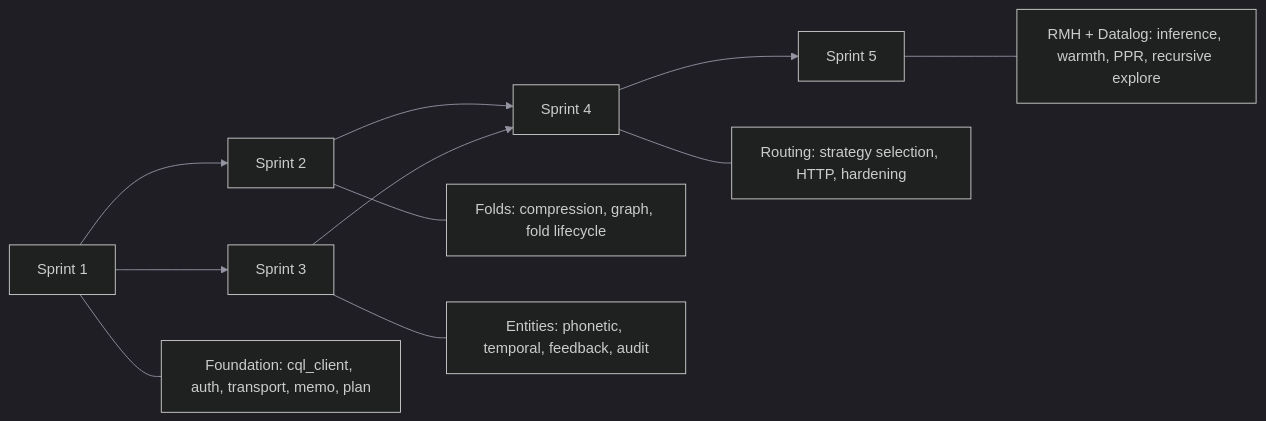
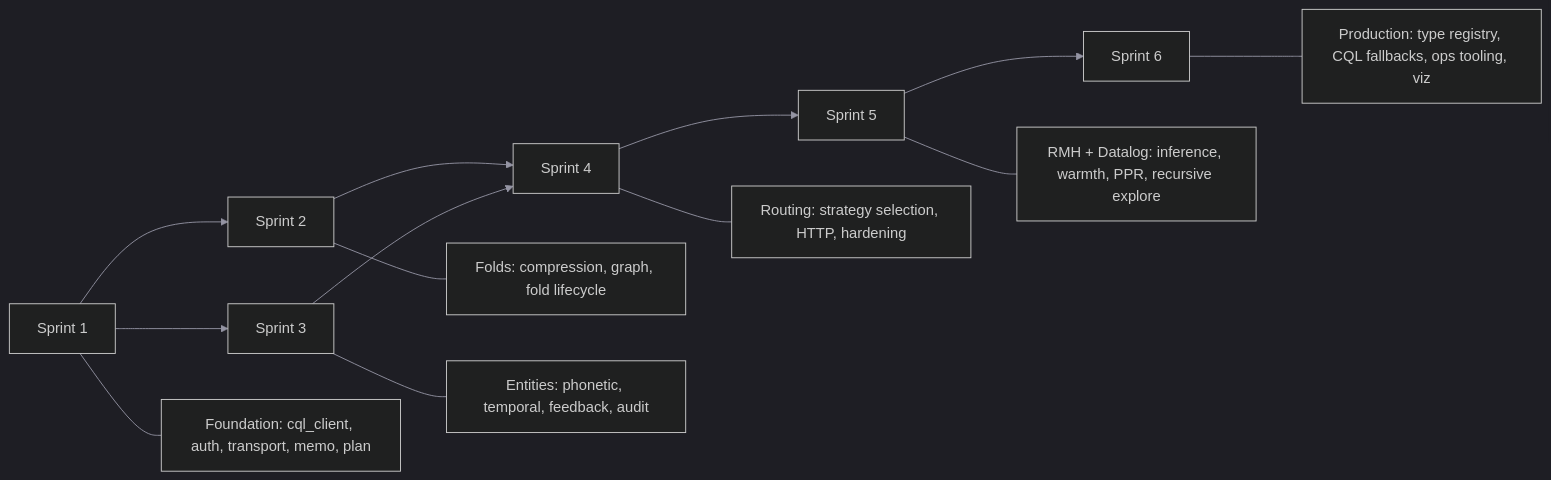
The diagram in specs/project-plan.md (ferrosadb/ferrosa-memory), drawn with Mermaid before and after one commit. The commit also changed other lines of this file and 3 other files, not shown here.

````diff
--- a/specs/project-plan.md
+++ b/specs/project-plan.md
@@ -253,15 +314,17 @@
 ```mermaid
 %%{init: {'theme':'dark','themeVariables':{'primaryColor':'#16161f','primaryTextColor':'#e8e8ed','primaryBorderColor':'#e2725b','lineColor':'#9494a3','secondaryColor':'#1c1c28','tertiaryColor':'#111118','clusterBkg':'#111118','clusterBorder':'#1e1e2a','edgeLabelBackground':'#111118','nodeTextColor':'#e8e8ed'}}}%%
 graph LR
     S1[Sprint 1] --> S2[Sprint 2]
     S1 --> S3[Sprint 3]
     S2 --> S4[Sprint 4]
     S3 --> S4
     S4 --> S5[Sprint 5]
+    S5 --> S6[Sprint 6]
 
     S1 --- note1["Foundation: cql_client, auth, transport, memo, plan"]
     S2 --- note2["Folds: compression, graph, fold lifecycle"]
     S3 --- note3["Entities: phonetic, temporal, feedback, audit"]
     S4 --- note4["Routing: strategy selection, HTTP, hardening"]
     S5 --- note5["RMH + Datalog: inference, warmth, PPR, recursive explore"]
+    S6 --- note6["Production: type registry, CQL fallbacks, ops tooling, viz"]
 ```
````
